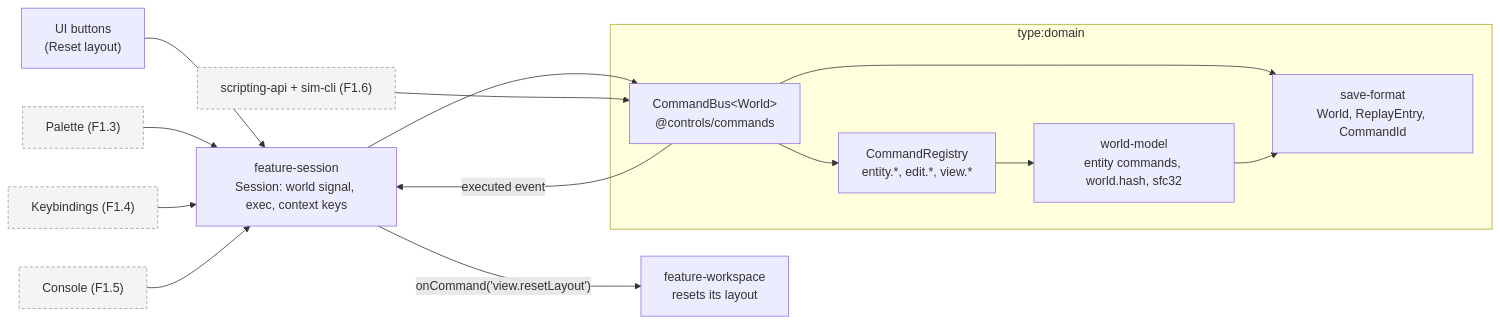
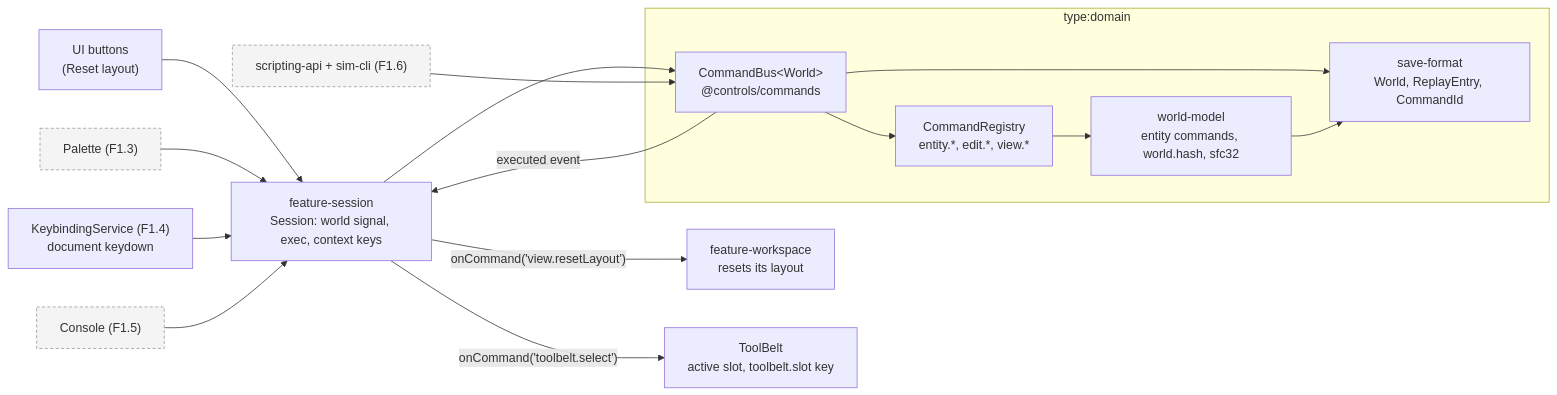
Before and after one commit to joebarbere/controls: the first of 4 diagrams in docs/architecture/commands.md, drawn with Mermaid. The commit also changed other lines of this file and 50 other files, not shown here.

First line of the commit message:
feat(keybindings): F1.4 keybinding service, rebinding UI and tool belt (#8)

````diff
--- a/docs/architecture/commands.md
+++ b/docs/architecture/commands.md
@@ -9,22 +9,23 @@
 ```mermaid
 flowchart LR
     classDef later fill:#f4f4f4,stroke:#999,stroke-dasharray: 4 3;
     BTN["UI buttons<br/>(Reset layout)"] --> SES
     PAL["Palette (F1.3)"]:::later --> SES
-    KEY["Keybindings (F1.4)"]:::later --> SES
+    KEY["KeybindingService (F1.4)<br/>document keydown"] --> SES
     CON["Console (F1.5)"]:::later --> SES
     SES["feature-session<br/>Session: world signal, exec, context keys"] --> BUS
     SCR["scripting-api + sim-cli (F1.6)"]:::later --> BUS
     subgraph domain["type:domain"]
         BUS["CommandBus&lt;World&gt;<br/>@controls/commands"]
         REG["CommandRegistry<br/>entity.*, edit.*, view.*"]
         WM["world-model<br/>entity commands, world.hash, sfc32"]
         SF["save-format<br/>World, ReplayEntry, CommandId"]
         BUS --> REG
         REG --> WM
         BUS --> SF
         WM --> SF
     end
     BUS -->|"executed event"| SES
     SES -->|"onCommand('view.resetLayout')"| WS["feature-workspace<br/>resets its layout"]
+    SES -->|"onCommand('toolbelt.select')"| TB["ToolBelt<br/>active slot, toolbelt.slot key"]
 ```
````
